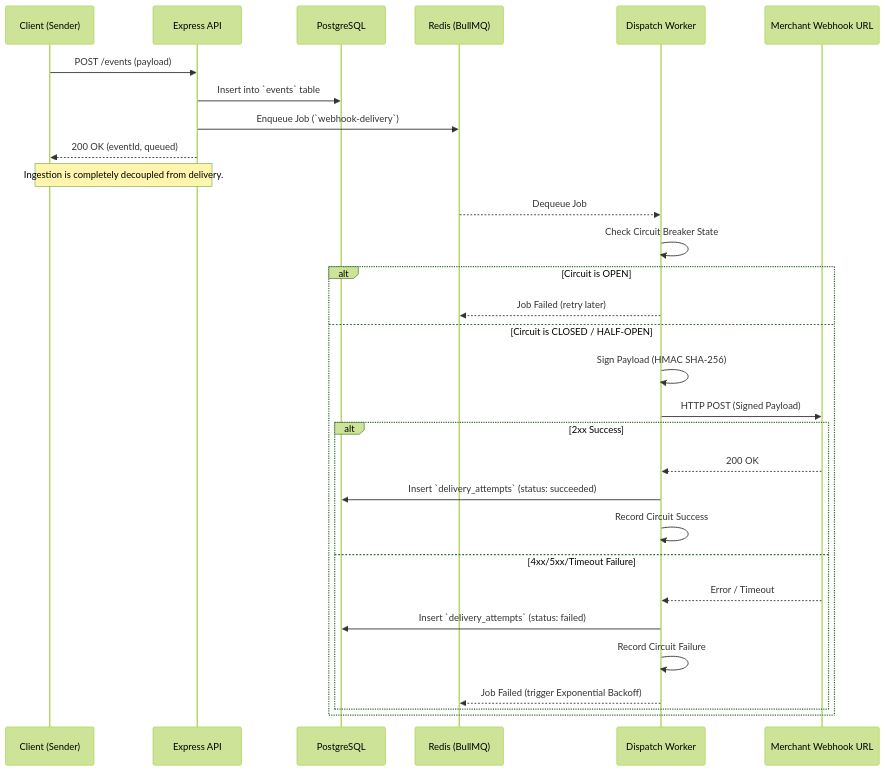
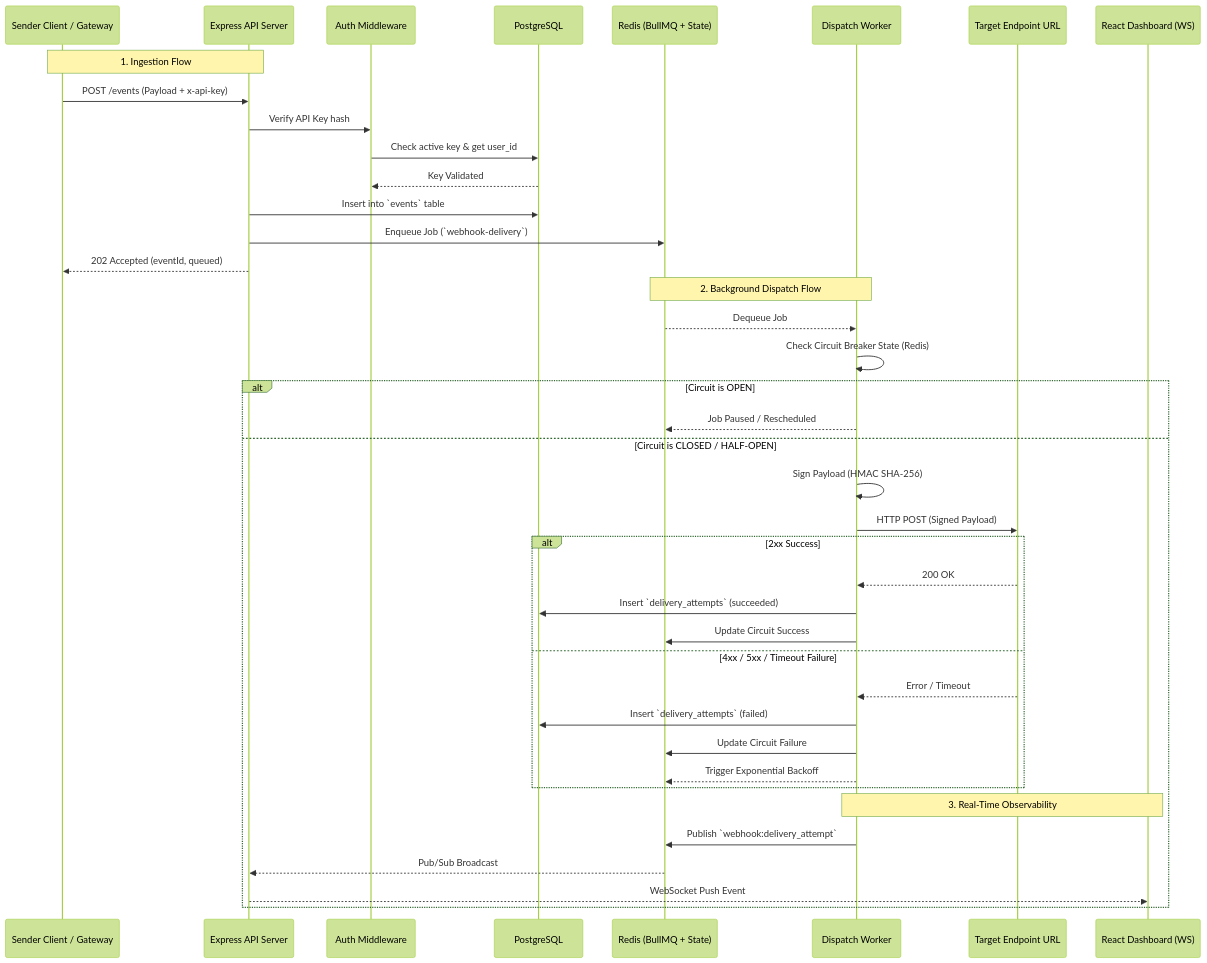
The first of 3 diagrams in ARCHITECTURE.md (OmkumarMangukiya/continew), drawn with Mermaid (forest theme) before and after one commit. The commit also changed other lines of this file and 53 other files, not shown here.

````diff
--- a/ARCHITECTURE.md
+++ b/ARCHITECTURE.md
@@ -31,37 +50,47 @@
 ```mermaid
 sequenceDiagram
-    participant Sender as Client (Sender)
-    participant API as Express API
+    participant Sender as Sender Client / Gateway
+    participant API as Express API Server
+    participant Auth as Auth Middleware
     participant DB as PostgreSQL
-    participant Redis as Redis (BullMQ)
+    participant Redis as Redis (BullMQ + State)
     participant Worker as Dispatch Worker
-    participant Receiver as Merchant Webhook URL
+    participant Receiver as Target Endpoint URL
+    participant Client as React Dashboard (WS)
 
-    Sender->>API: POST /events (payload)
+    Note over Sender, API: 1. Ingestion Flow
+    Sender->>API: POST /events (Payload + x-api-key)
+    API->>Auth: Verify API Key hash
+    Auth->>DB: Check active key & get user_id
+    DB-->>Auth: Key Validated
     API->>DB: Insert into `events` table
     API->>Redis: Enqueue Job (`webhook-delivery`)
-    API-->>Sender: 200 OK (eventId, queued)
-    
-    Note over API, Sender: Ingestion is completely decoupled from delivery.
-    
+    API-->>Sender: 202 Accepted (eventId, queued)
+
+    Note over Redis, Worker: 2. Background Dispatch Flow
     Redis-->>Worker: Dequeue Job
-    Worker->>Worker: Check Circuit Breaker State
+    Worker->>Worker: Check Circuit Breaker State (Redis)
     
     alt Circuit is OPEN
-        Worker-->>Redis: Job Failed (retry later)
+        Worker-->>Redis: Job Paused / Rescheduled
     else Circuit is CLOSED / HALF-OPEN
         Worker->>Worker: Sign Payload (HMAC SHA-256)
         Worker->>Receiver: HTTP POST (Signed Payload)
         
         alt 2xx Success
             Receiver-->>Worker: 200 OK
-            Worker->>DB: Insert `delivery_attempts` (status: succeeded)
-            Worker->>Worker: Record Circuit Success
-        else 4xx/5xx/Timeout Failure
+            Worker->>DB: Insert `delivery_attempts` (succeeded)
+            Worker->>Redis: Update Circuit Success
+        else 4xx / 5xx / Timeout Failure
             Receiver-->>Worker: Error / Timeout
-            Worker->>DB: Insert `delivery_attempts` (status: failed)
-            Worker->>Worker: Record Circuit Failure
-            Worker-->>Redis: Job Failed (trigger Exponential Backoff)
+            Worker->>DB: Insert `delivery_attempts` (failed)
+            Worker->>Redis: Update Circuit Failure
+            Worker-->>Redis: Trigger Exponential Backoff
         end
+
+        Note over Worker, Client: 3. Real-Time Observability
+        Worker->>Redis: Publish `webhook:delivery_attempt`
+        Redis-->>API: Pub/Sub Broadcast
+        API-->>Client: WebSocket Push Event
     end
 ```
````
